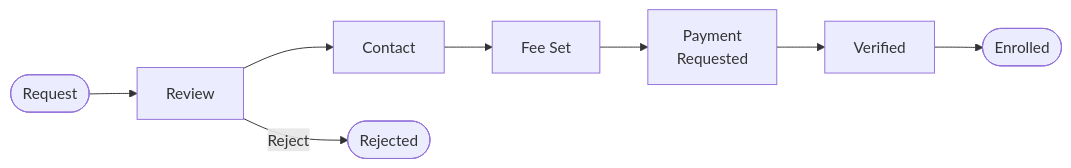
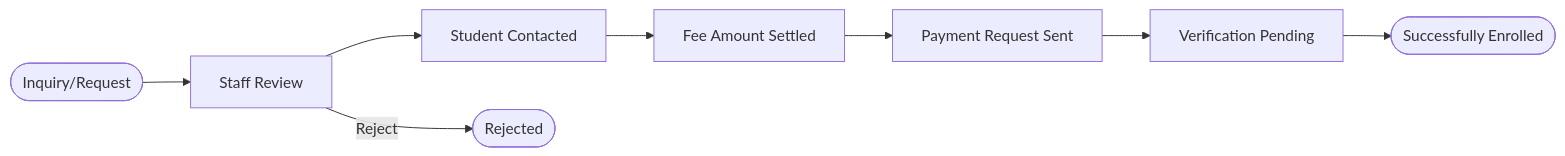
One commit to Vinothkumar0311/e-learning changed the fourth of 7 diagrams in README.md. Above: the diagram before and after it, drawn with Mermaid. The commit also changed other lines of this file and 33 other files, not shown here.

````diff
--- a/README.md
+++ b/README.md
@@ -305,10 +247,10 @@
 ```mermaid
 flowchart LR
-    A([Request]) --> B[Review]
-    B --> C[Contact]
-    C --> D[Fee Set]
-    D --> E[Payment\nRequested]
-    E --> F[Verified]
-    F --> G([Enrolled])
+    A([Inquiry/Request]) --> B[Staff Review]
+    B --> C[Student Contacted]
+    C --> D[Fee Amount Settled]
+    D --> E[Payment Request Sent]
+    E --> F[Verification Pending]
+    F --> G([Successfully Enrolled])
     B -->|Reject| X([Rejected])
 ```
````
